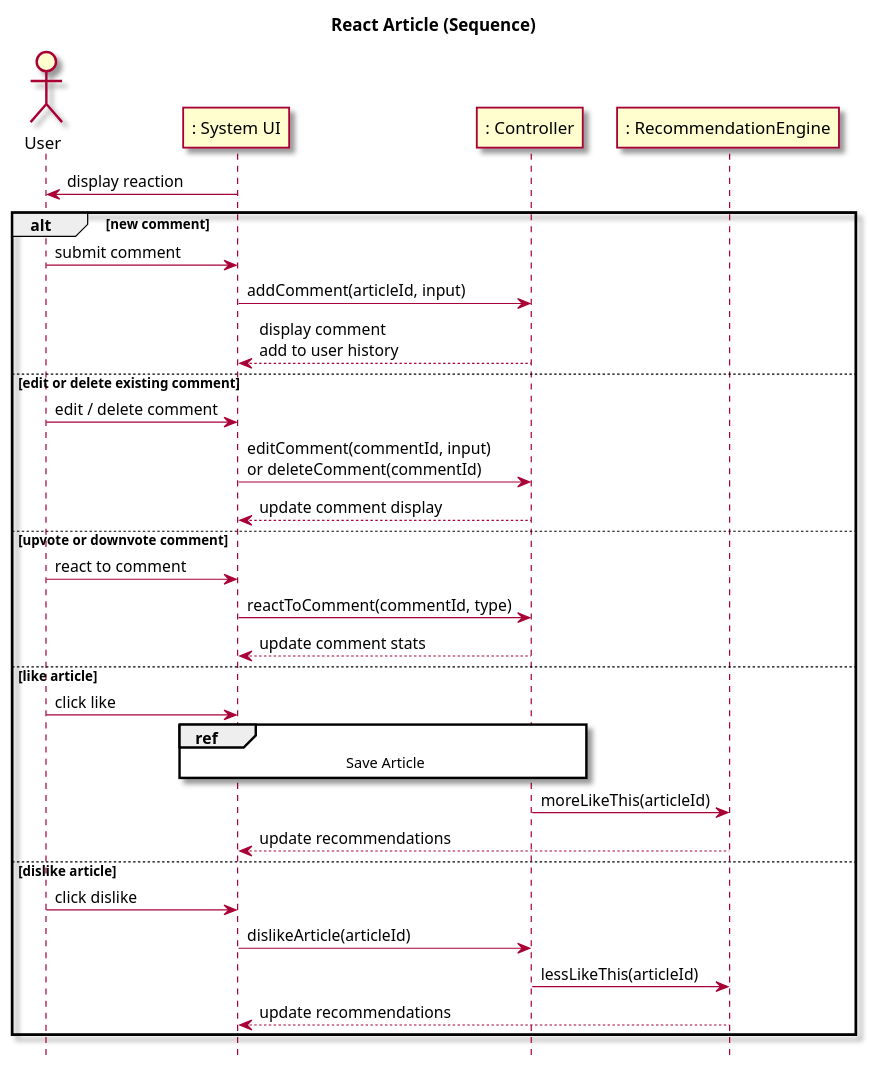
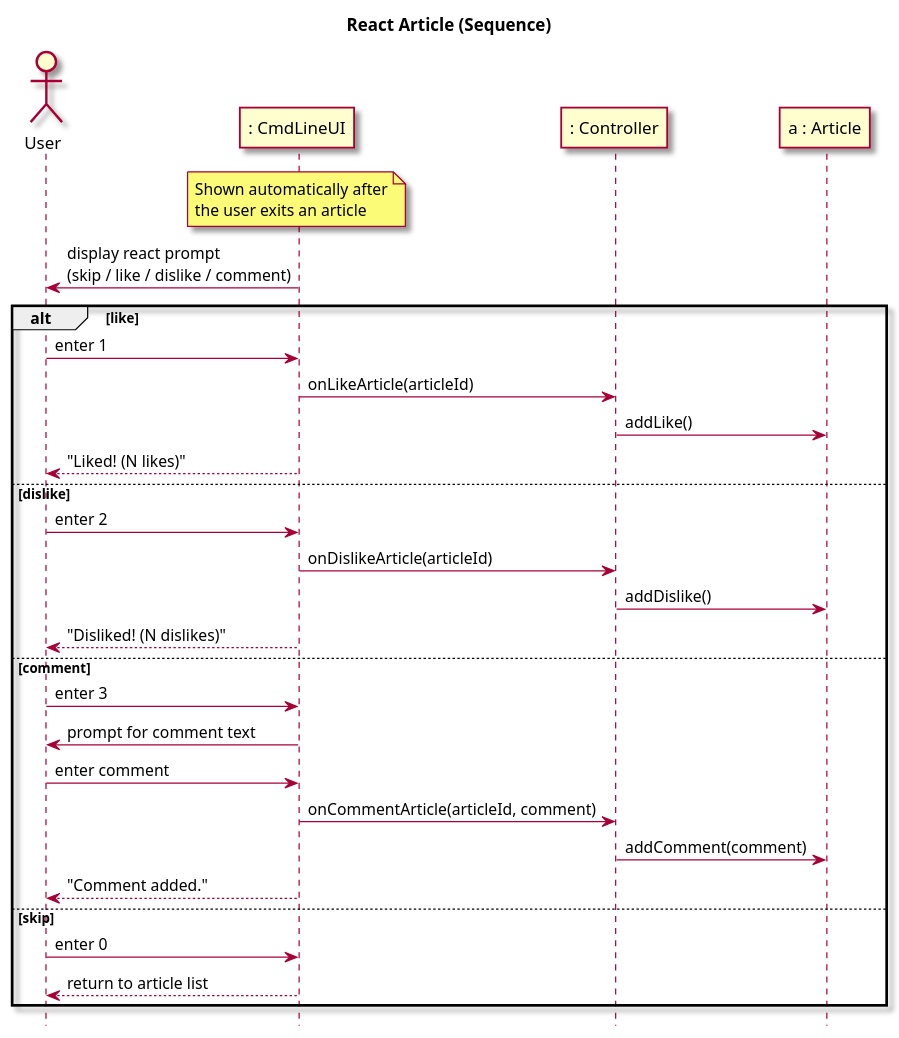
Before and after one commit to owhitleym-ui/EcoScoop: the second of 2 diagrams in intellij/doc/use-cases/react-article.md, drawn with PlantUML. The commit also changed 12 other files, not shown here.

````diff
--- a/intellij/doc/use-cases/react-article.md
+++ b/intellij/doc/use-cases/react-article.md
@@ -79,47 +79,43 @@
 ```plantuml
 @startuml
 skin rose
 hide footbox
 title React Article (Sequence)
 
 actor User
-participant ": System UI" as UI
+participant ": CmdLineUI" as UI
 participant ": Controller" as Controller
-participant ": RecommendationEngine" as Rec
+participant "a : Article" as Article
 
+note over UI : Shown automatically after\nthe user exits an article
 
-UI -> User : display reaction 
-    alt new comment
-        User -> UI : submit comment
-        UI -> Controller : addComment(articleId, input)
-        Controller --> UI : display comment\nadd to user history
+UI -> User : display react prompt\n(skip / like / dislike / comment)
 
-    else edit or delete existing comment
-        User -> UI : edit / delete comment
-        UI -> Controller : editComment(commentId, input)\nor deleteComment(commentId)
-        Controller --> UI : update comment display
+alt like
+    User -> UI : enter 1
+    UI -> Controller : onLikeArticle(articleId)
+    Controller -> Article : addLike()
+    UI --> User : "Liked! (N likes)"
 
-    else upvote or downvote comment
-        User -> UI : react to comment
-        UI -> Controller : reactToComment(commentId, type)
-        Controller --> UI : update comment stats
+else dislike
+    User -> UI : enter 2
+    UI -> Controller : onDislikeArticle(articleId)
+    Controller -> Article : addDislike()
+    UI --> User : "Disliked! (N dislikes)"
 
+else comment
+    User -> UI : enter 3
+    UI -> User : prompt for comment text
+    User -> UI : enter comment
+    UI -> Controller : onCommentArticle(articleId, comment)
+    Controller -> Article : addComment(comment)
+    UI --> User : "Comment added."
 
-else like article
-    User -> UI : click like
-    ref over UI, Controller
-        Save Article
-    end ref
-    Controller -> Rec : moreLikeThis(articleId)
-    Rec --> UI : update recommendations
-
-else dislike article
-    User -> UI : click dislike
-    UI -> Controller : dislikeArticle(articleId)
-    Controller -> Rec : lessLikeThis(articleId)
-    Rec --> UI : update recommendations
+else skip
+    User -> UI : enter 0
+    UI --> User : return to article list
 
 end
 
 @enduml
 ```
````
